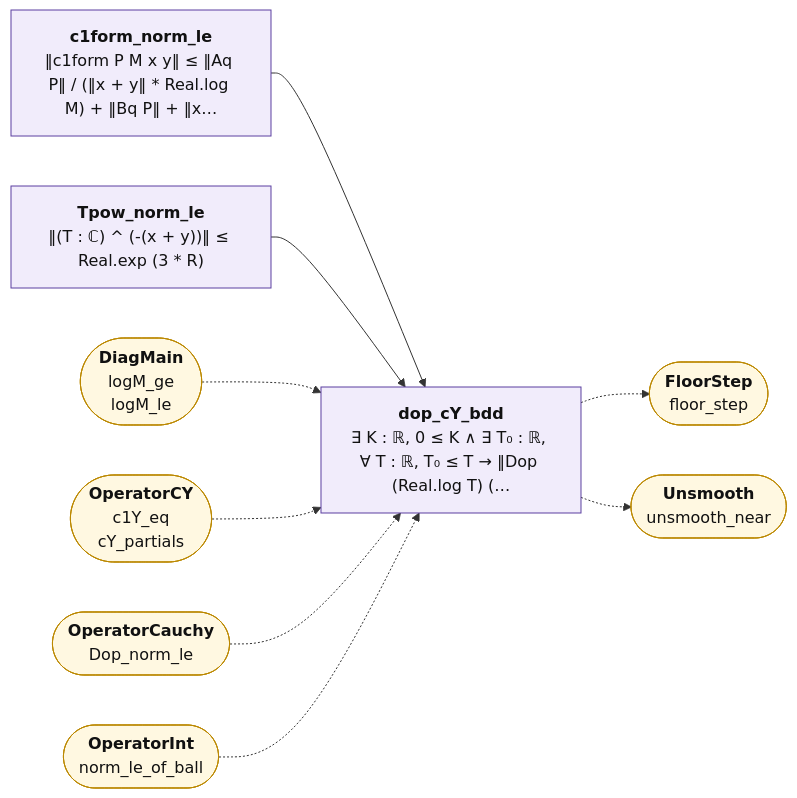
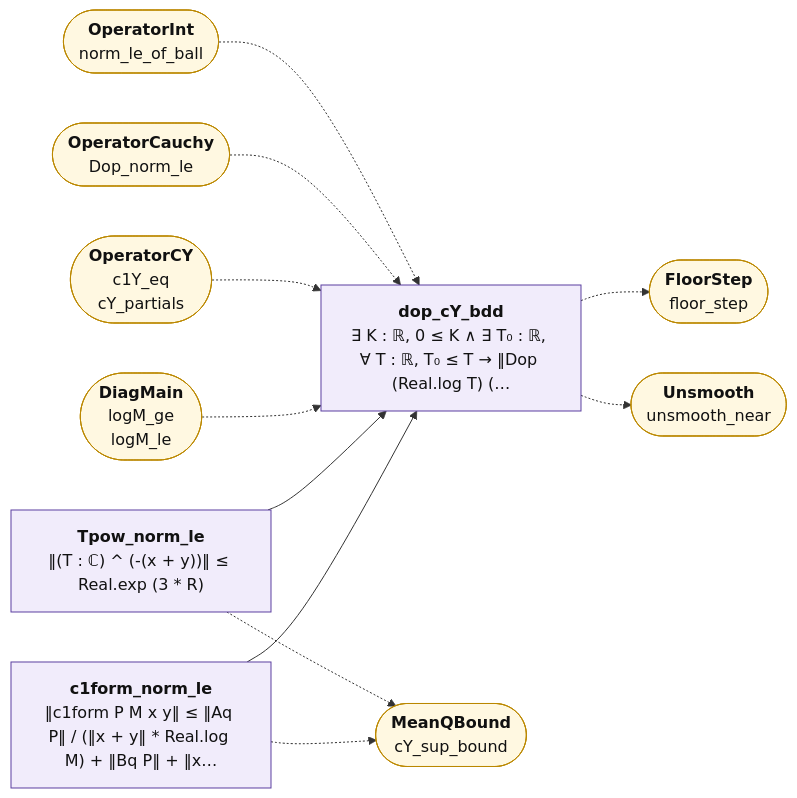
One commit to juliansambranojr/Primebeat_081426 changed the diagram in map/lean_stage3/UnsmoothCY.md. Above: the diagram before and after it, drawn with Mermaid. The commit also changed other lines of this file and 46 other files, not shown here.

````diff
--- a/map/lean_stage3/UnsmoothCY.md
+++ b/map/lean_stage3/UnsmoothCY.md
@@ -14,28 +14,31 @@
 ```mermaid
 flowchart LR
   n0["<b>c1form_norm_le</b><br/>‖c1form P M x y‖ ≤ ‖Aq P‖ / (‖x + y‖ * Real.log M) + ‖Bq P‖ + ‖x…"]:::shp
   n1["<b>Tpow_norm_le</b><br/>‖(T : ℂ) ^ (-(x + y))‖ ≤ Real.exp (3 * R)"]:::shp
   n2["<b>dop_cY_bdd</b><br/>∃ K : ℝ, 0 ≤ K ∧ ∃ T₀ : ℝ, ∀ T : ℝ, T₀ ≤ T → ‖Dop (Real.log T) (…"]:::shp
-  x0(["<b>DiagMain</b><br/>logM_ge<br/>logM_le"]):::ext
-  x1(["<b>OperatorCY</b><br/>c1Y_eq<br/>cY_partials"]):::ext
-  x2(["<b>OperatorCauchy</b><br/>Dop_norm_le"]):::ext
-  x3(["<b>OperatorInt</b><br/>norm_le_of_ball"]):::ext
-  x4(["<b>FloorStep</b><br/>floor_step"]):::ext
-  x5(["<b>Unsmooth</b><br/>unsmooth_near"]):::ext
+  x0(["<b>MeanQBound</b><br/>cY_sup_bound"]):::ext
+  x1(["<b>DiagMain</b><br/>logM_ge<br/>logM_le"]):::ext
+  x2(["<b>OperatorCY</b><br/>c1Y_eq<br/>cY_partials"]):::ext
+  x3(["<b>OperatorCauchy</b><br/>Dop_norm_le"]):::ext
+  x4(["<b>OperatorInt</b><br/>norm_le_of_ball"]):::ext
+  x5(["<b>FloorStep</b><br/>floor_step"]):::ext
+  x6(["<b>Unsmooth</b><br/>unsmooth_near"]):::ext
   n0 --> n2
   n1 --> n2
-  n2 -.-> x4
+  n0 -.-> x0
+  n1 -.-> x0
   n2 -.-> x5
-  x0 -.-> n2
+  n2 -.-> x6
   x1 -.-> n2
   x2 -.-> n2
   x3 -.-> n2
+  x4 -.-> n2
   classDef cnt fill:#dff5ec,stroke:#17694a,color:#111
   classDef shp fill:#f1ecfb,stroke:#5b3fa0,color:#111
   classDef rh fill:#ffe5e5,stroke:#c22,color:#111,stroke-width:2px
   classDef thm fill:#eef4ff,stroke:#335,color:#111
   classDef end_ fill:#e7f7e7,stroke:#2a7,color:#111,stroke-width:2px
   classDef lone fill:#fff,stroke:#999,color:#111,stroke-dasharray:4 3
   classDef bad fill:#ffe5e5,stroke:#c22,color:#111,stroke-width:2px
   classDef ext fill:#fff8e1,stroke:#b80,color:#111
 ```
````
